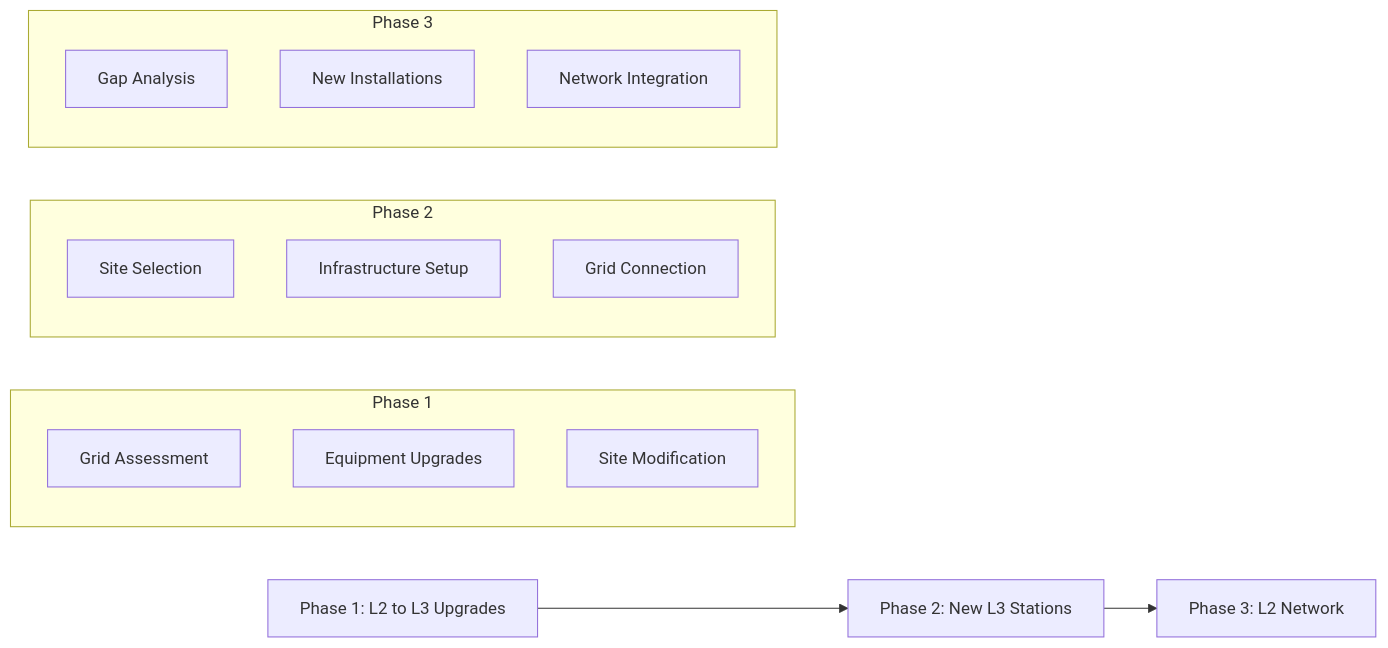
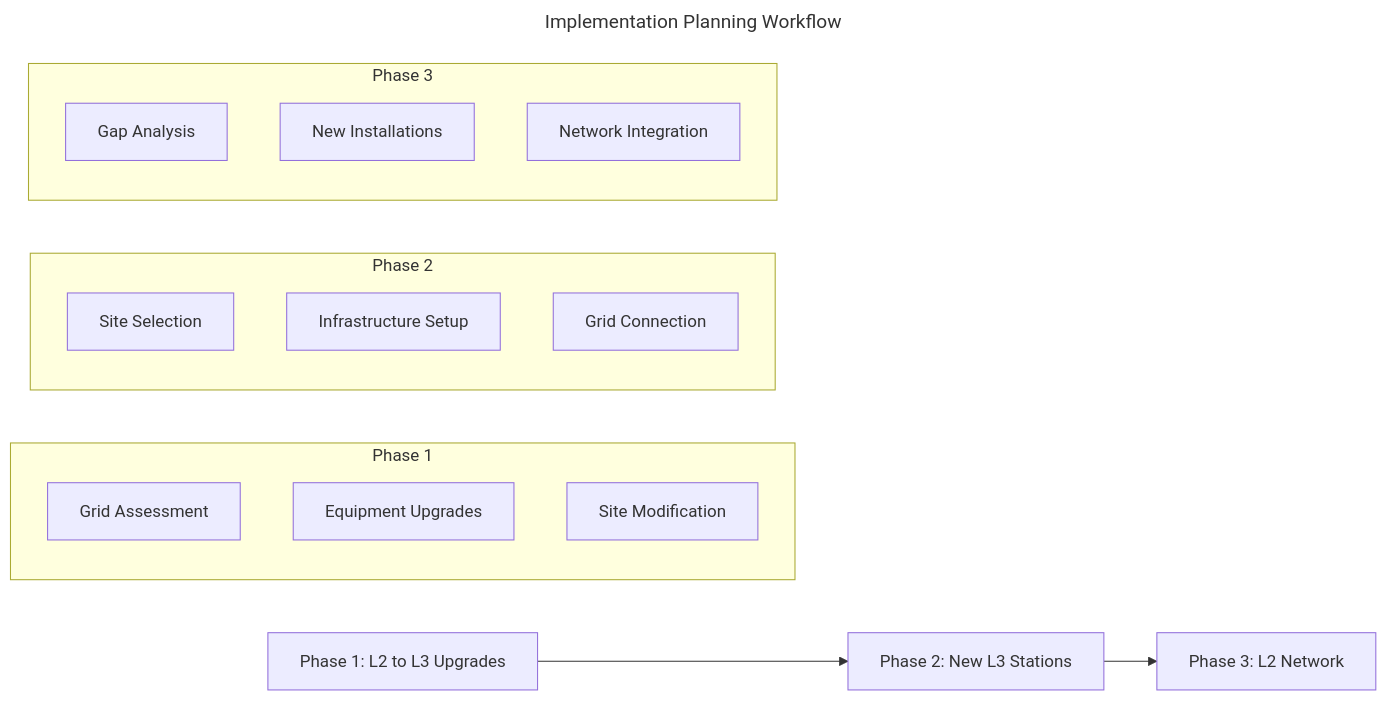
One commit to jaxendutta/v3 changed the fourth of 4 diagrams in src/data/content/evse-opt.md. Above: the diagram before and after it, drawn with Mermaid. The commit also changed other lines of this file and 2 other files, not shown here.

````diff
--- a/src/data/content/evse-opt.md
+++ b/src/data/content/evse-opt.md
@@ -378,23 +394,26 @@
 ```mermaid
+---
+title: Implementation Planning Workflow
+---
 graph LR
     A[Phase 1: L2 to L3 Upgrades] --> B[Phase 2: New L3 Stations]
     B --> C[Phase 3: L2 Network]
     
     subgraph "Phase 1"
         D[Grid Assessment]
         E[Equipment Upgrades]
         F[Site Modification]
     end
     
     subgraph "Phase 2"
         G[Site Selection]
         H[Infrastructure Setup]
         I[Grid Connection]
     end
     
     subgraph "Phase 3"
         J[Gap Analysis]
         K[New Installations]
         L[Network Integration]
     end
 ```
````
